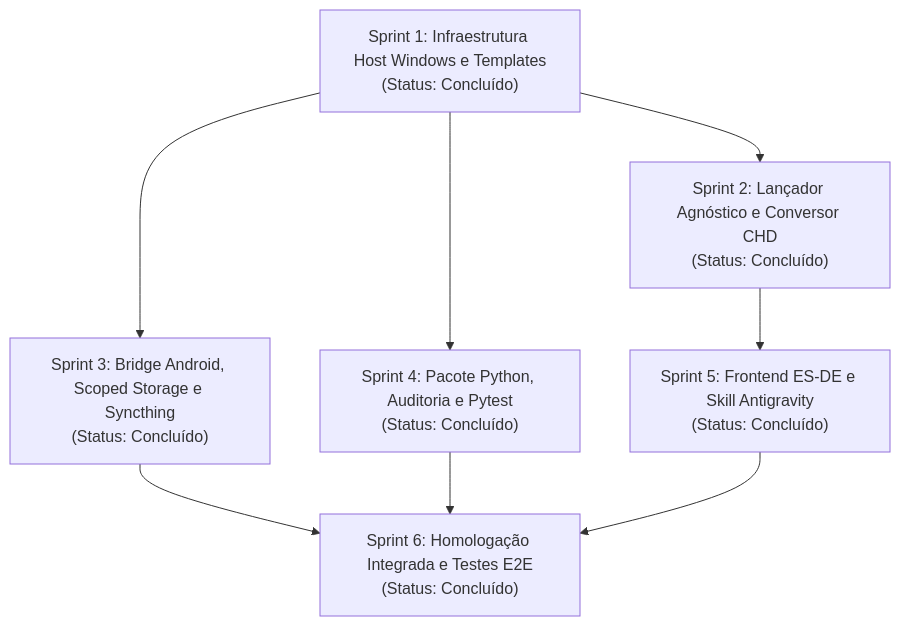
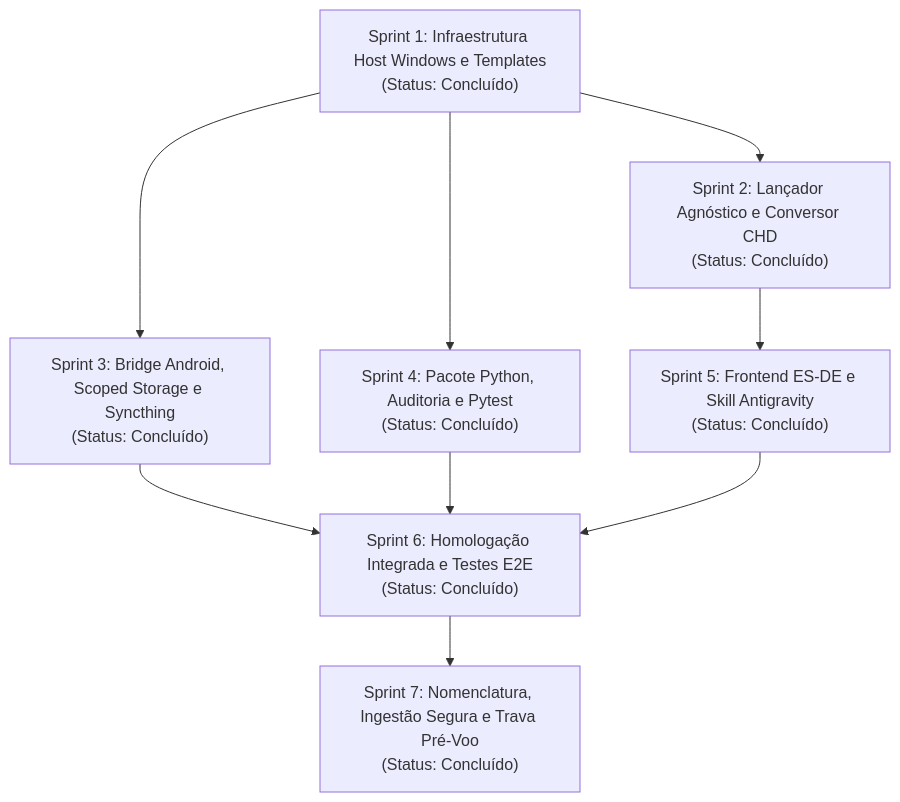
Before and after one commit to alexcamargos/retrogame-lab: the diagram in docs/sprints.md, drawn with Mermaid. The commit also changed other lines of this file, not shown here.

Commit message:
docs(sprints): homologar sprint 7 de ingestao e padronizacao

````diff
--- a/docs/sprints.md
+++ b/docs/sprints.md
@@ -48,17 +49,19 @@
 ```mermaid
 flowchart TD
     S1["Sprint 1: Infraestrutura Host Windows e Templates<br/>(Status: Concluído)"]
     S2["Sprint 2: Lançador Agnóstico e Conversor CHD<br/>(Status: Concluído)"]
     S3["Sprint 3: Bridge Android, Scoped Storage e Syncthing<br/>(Status: Concluído)"]
     S4["Sprint 4: Pacote Python, Auditoria e Pytest<br/>(Status: Concluído)"]
     S5["Sprint 5: Frontend ES-DE e Skill Antigravity<br/>(Status: Concluído)"]
     S6["Sprint 6: Homologação Integrada e Testes E2E<br/>(Status: Concluído)"]
+    S7["Sprint 7: Nomenclatura, Ingestão Segura e Trava Pré-Voo<br/>(Status: Concluído)"]
 
     S1 --> S2
     S1 --> S3
     S1 --> S4
     S2 --> S5
     S3 --> S6
     S4 --> S6
     S5 --> S6
+    S6 --> S7
 ```
````
